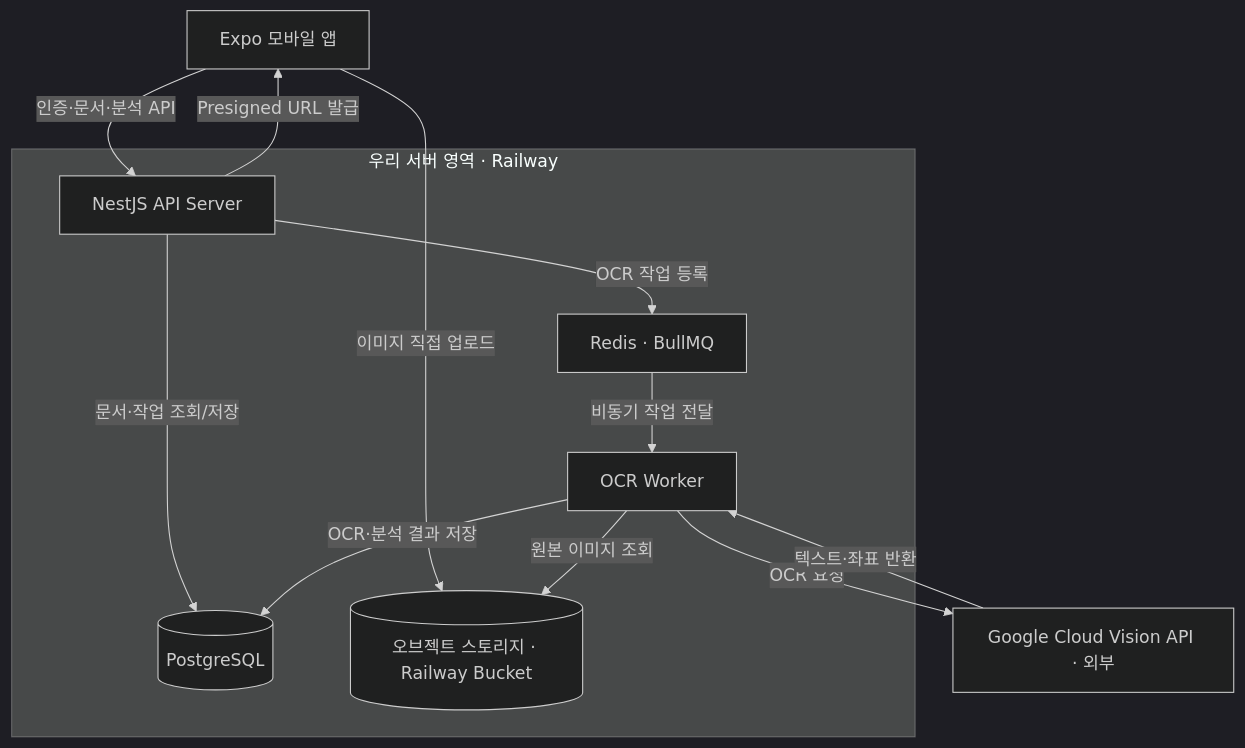
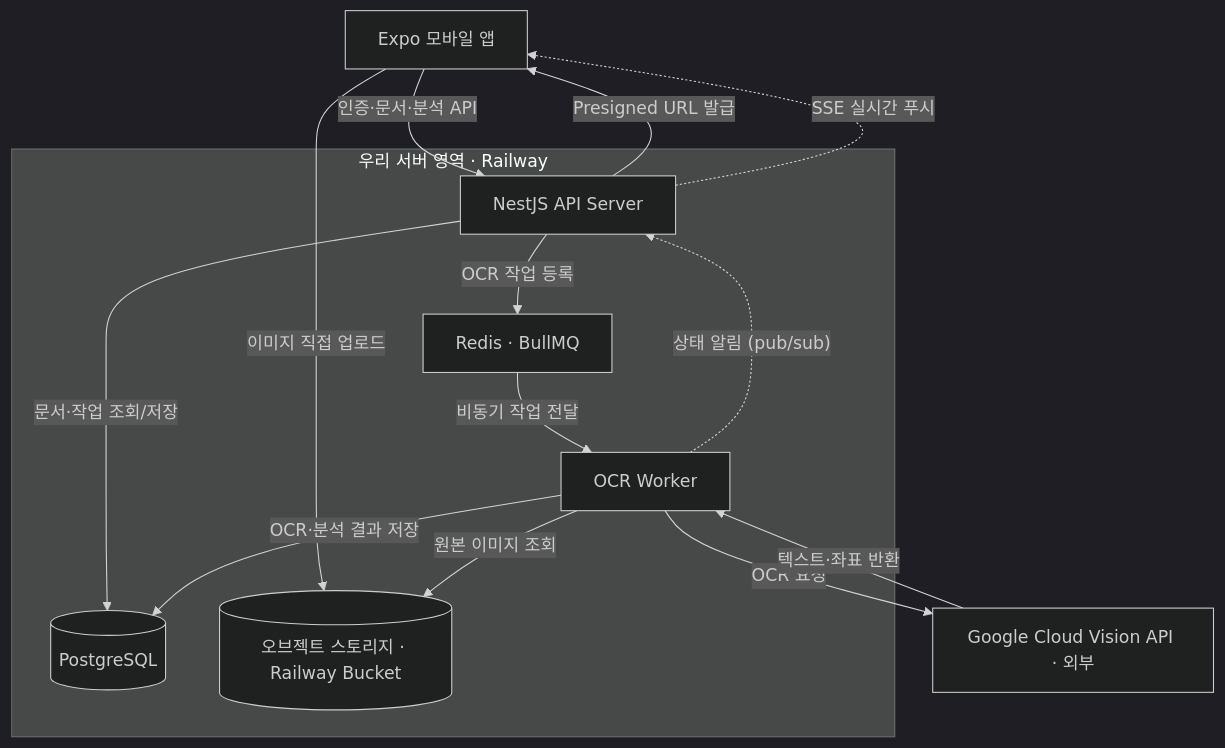
Before and after one commit to kyungchan3007/clause-lens: the second of 5 diagrams in README.md, drawn with Mermaid (dark theme). The commit also changed other lines of this file, not shown here.

````diff
--- a/README.md
+++ b/README.md
@@ -170,25 +247,27 @@
 ```mermaid
 flowchart TB
     App["Expo 모바일 앱"]
 
     subgraph Backend["우리 서버 영역 · Railway"]
         API["NestJS API Server"]
         Queue["Redis · BullMQ"]
         Worker["OCR Worker"]
         DB[("PostgreSQL")]
         S3[("오브젝트 스토리지 · Railway Bucket")]
     end
 
     Vision["Google Cloud Vision API · 외부"]
 
     App -->|"인증·문서·분석 API"| API
     API -->|"Presigned URL 발급"| App
     App -->|"이미지 직접 업로드"| S3
     API -->|"OCR 작업 등록"| Queue
     Queue -->|"비동기 작업 전달"| Worker
     Worker -->|"원본 이미지 조회"| S3
     Worker -->|"OCR 요청"| Vision
     Vision -->|"텍스트·좌표 반환"| Worker
     API -->|"문서·작업 조회/저장"| DB
     Worker -->|"OCR·분석 결과 저장"| DB
+    Worker -.->|"상태 알림 (pub/sub)"| API
+    API -.->|"SSE 실시간 푸시"| App
 ```
````
